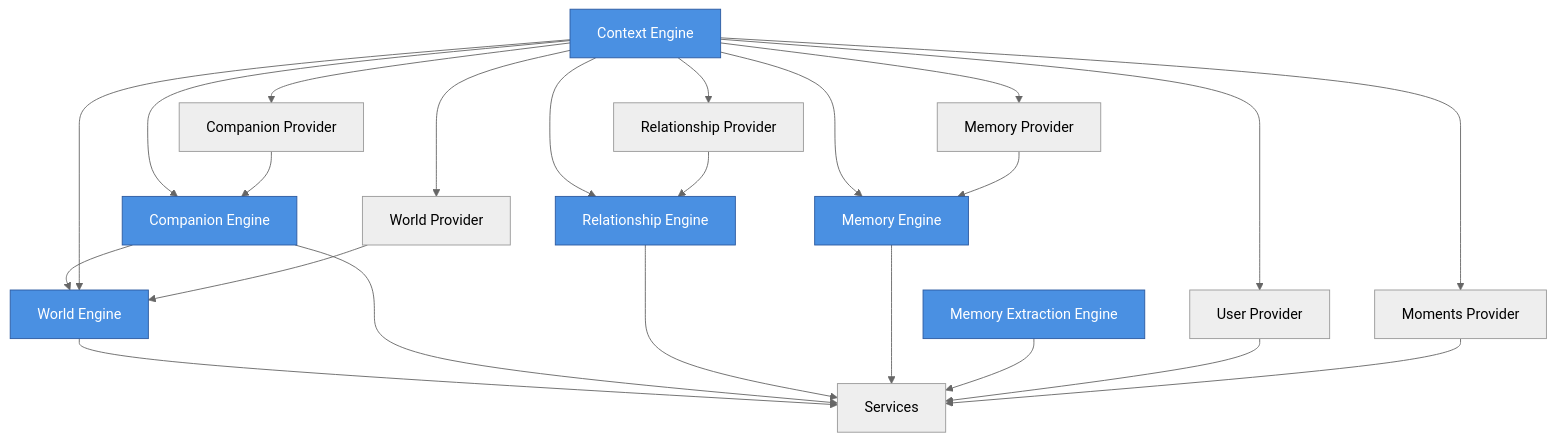
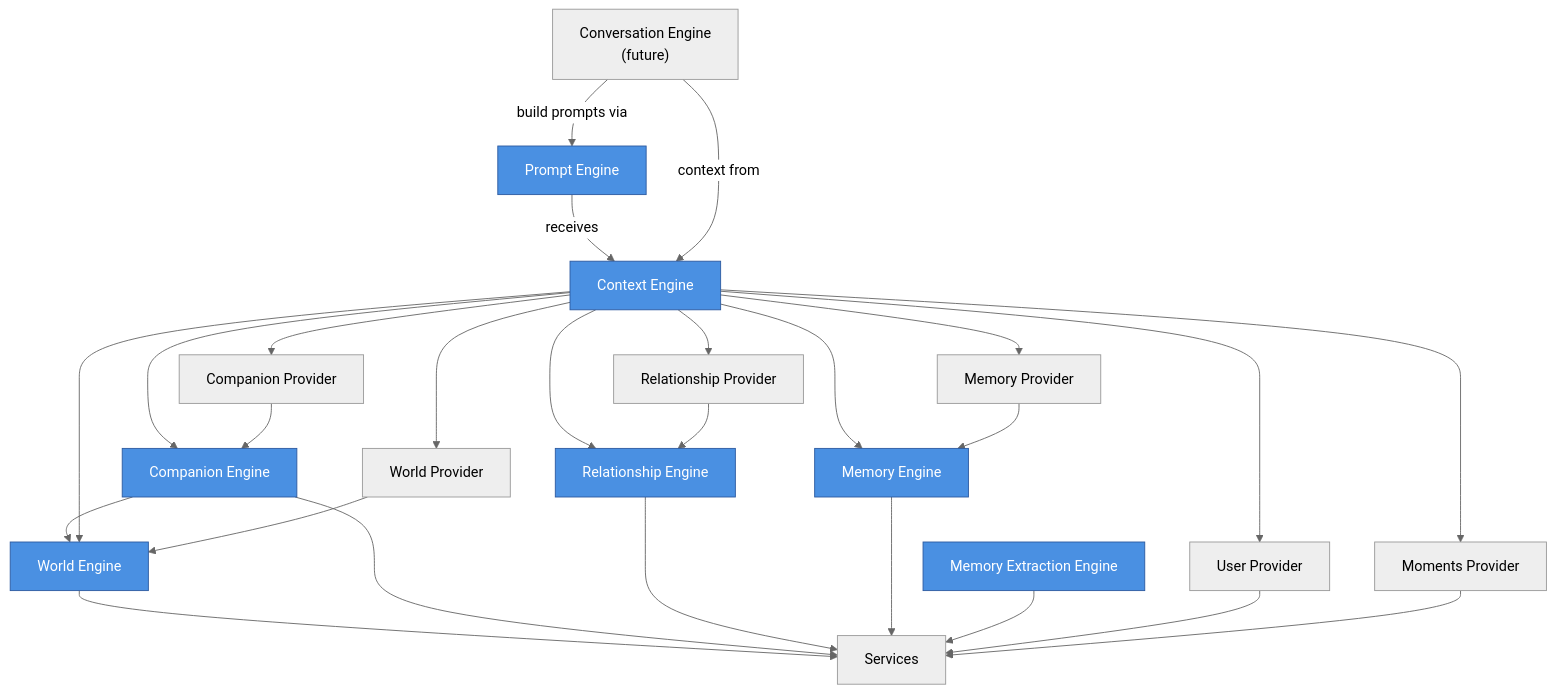
One commit to shubhamagar123/featherlite changed the third of 3 diagrams in ARCHITECTURE.md. Above: the diagram before and after it, drawn with Mermaid (neutral theme). The commit also changed other lines of this file and 13 other files, not shown here.

First line of the commit message:
feat: introduce Prompt Engine (LLM-agnostic prompt construction)

````diff
--- a/ARCHITECTURE.md
+++ b/ARCHITECTURE.md
@@ -296,46 +315,53 @@
 ```mermaid
 flowchart TD
     SVC["Services"]
+    CONV["Conversation Engine<br/>(future)"]
 
     WE["World Engine"]
     CE["Companion Engine"]
     RE["Relationship Engine"]
     ME["Memory Engine"]
     MEE["Memory Extraction Engine"]
     CTX["Context Engine"]
+    PROMPT["Prompt Engine"]
 
     WE --> SVC
     CE --> WE
     CE --> SVC
     RE --> SVC
     ME --> SVC
     MEE --> SVC
     CTX --> WE
     CTX --> CE
     CTX --> RE
     CTX --> ME
+
+    PROMPT -->|"receives"| CTX
+
+    CONV -->|"build prompts via"| PROMPT
+    CONV -->|"context from"| CTX
 
     UP["User Provider"]
     CP["Companion Provider"]
     WP["World Provider"]
     RP["Relationship Provider"]
     MP["Memory Provider"]
     OP["Moments Provider"]
 
     CTX --> UP
     CTX --> CP
     CTX --> WP
     CTX --> RP
     CTX --> MP
     CTX --> OP
 
     UP --> SVC
     CP --> CE
     WP --> WE
     RP --> RE
     MP --> ME
     OP --> SVC
 
     classDef engine fill:#4a90e2,stroke:#2c5aa0,color:#fff
-    class WE,CE,RE,ME,MEE,CTX engine
+    class WE,CE,RE,ME,MEE,CTX,PROMPT engine
 ```
````
